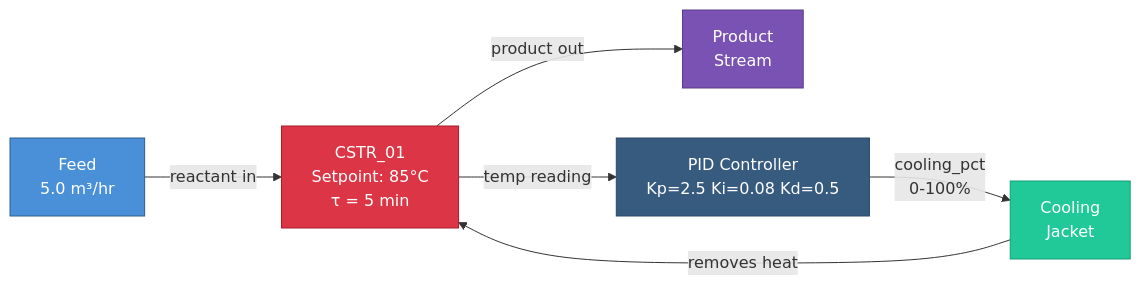
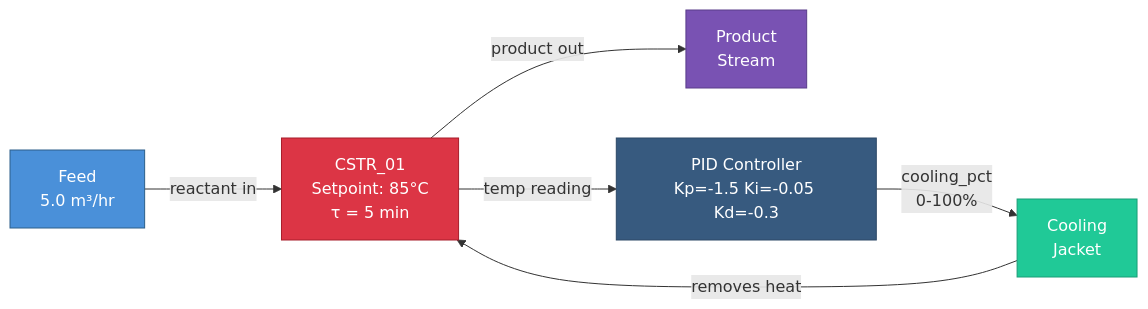
The third of 7 diagrams in docs/simulation/patterns/process_engineering.md (henryodibi11/Odibi), drawn with Mermaid before and after one commit. The commit also changed other lines of this file and 93 other files, not shown here.

````diff
--- a/docs/simulation/patterns/process_engineering.md
+++ b/docs/simulation/patterns/process_engineering.md
@@ -559,14 +590,14 @@
 ```mermaid
 flowchart LR
     A["Feed\n5.0 m³/hr"] -->|"reactant in"| B["CSTR_01\nSetpoint: 85°C\nτ = 5 min"]
     B -->|"product out"| C["Product\nStream"]
-    B -->|"temp reading"| D["PID Controller\nKp=2.5 Ki=0.08 Kd=0.5"]
+    B -->|"temp reading"| D["PID Controller\nKp=-1.5 Ki=-0.05 Kd=-0.3"]
     D -->|"cooling_pct\n0-100%"| E["Cooling\nJacket"]
     E -->|"removes heat"| B
 
     style A fill:#4a90d9,stroke:#2c5f8a,color:#ffffff
     style B fill:#dc3545,stroke:#a71d2a,color:#ffffff
     style C fill:#7952b3,stroke:#5a3d8a,color:#ffffff
     style D fill:#375a7f,stroke:#2c4866,color:#ffffff
     style E fill:#20c997,stroke:#199d76,color:#ffffff
 ```
````
